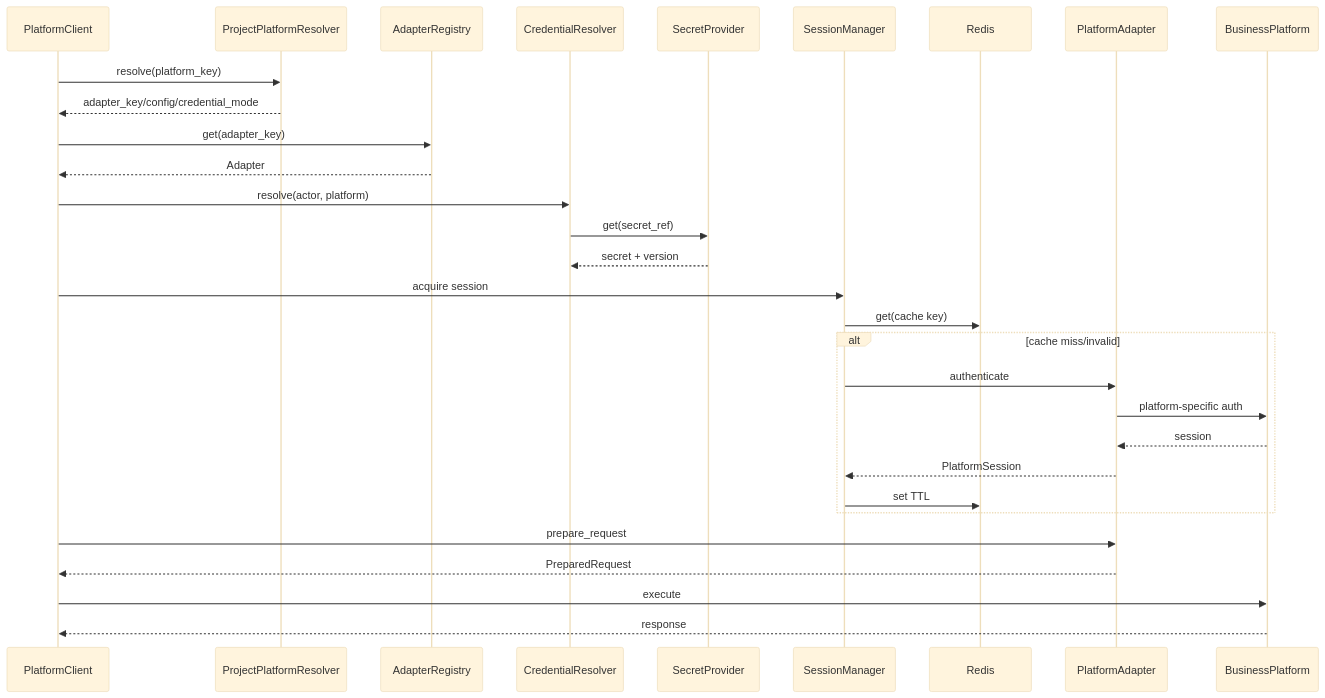
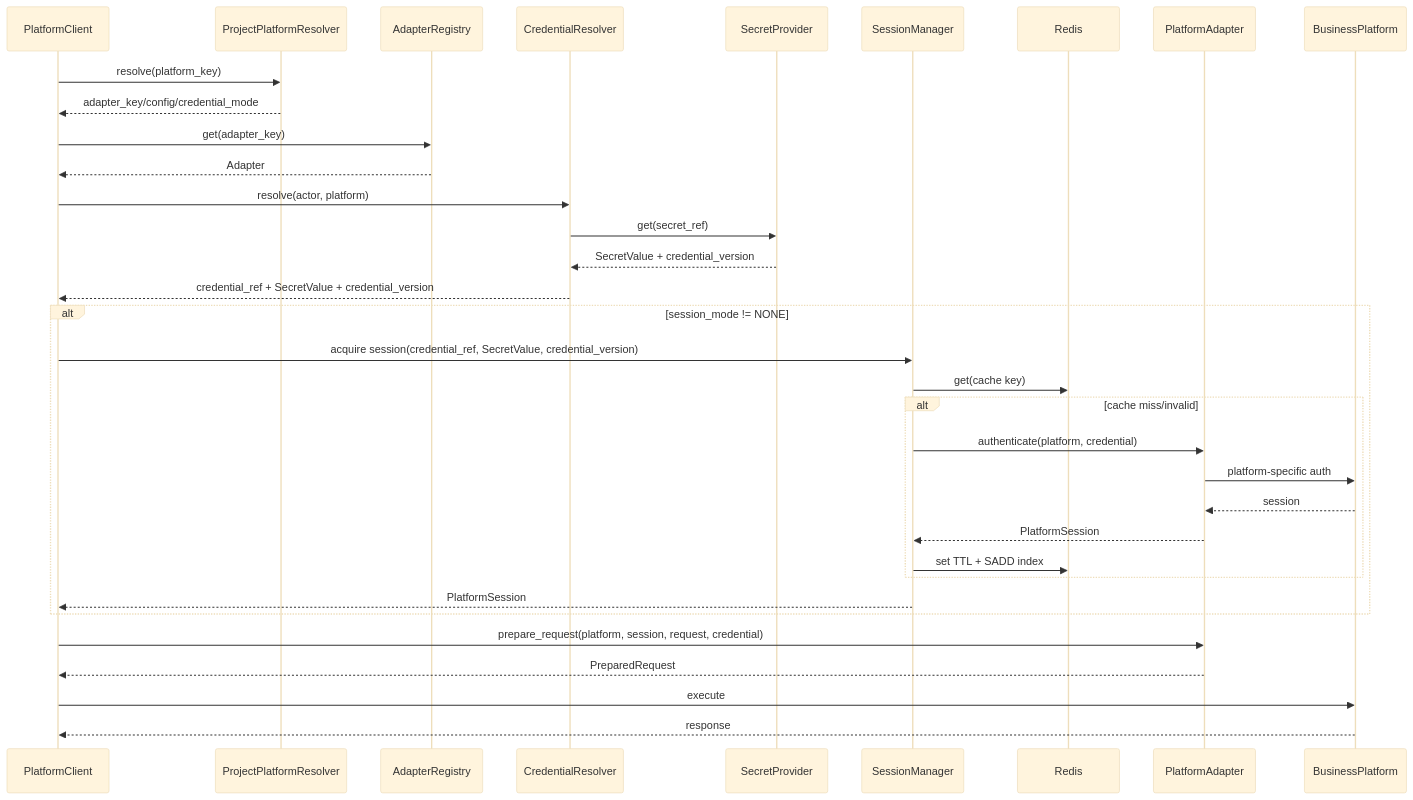
Before and after one commit to Michaelxwb/fluxion-harness: the second of 2 diagrams in docs/12-项目平台适配与Session详细设计.md, drawn with Mermaid (base theme). The commit also changed other lines of this file and 55 other files, not shown here.

````diff
--- a/docs/12-项目平台适配与Session详细设计.md
+++ b/docs/12-项目平台适配与Session详细设计.md
@@ -349,33 +366,37 @@
 ```mermaid
 sequenceDiagram
     participant C as PlatformClient
     participant P as ProjectPlatformResolver
     participant R as AdapterRegistry
     participant CR as CredentialResolver
     participant SP as SecretProvider
     participant SM as SessionManager
     participant RD as Redis
     participant A as PlatformAdapter
     participant B as BusinessPlatform
 
     C->>P: resolve(platform_key)
     P-->>C: adapter_key/config/credential_mode
     C->>R: get(adapter_key)
     R-->>C: Adapter
     C->>CR: resolve(actor, platform)
     CR->>SP: get(secret_ref)
-    SP-->>CR: secret + version
-    C->>SM: acquire session
-    SM->>RD: get(cache key)
-    alt cache miss/invalid
-      SM->>A: authenticate
-      A->>B: platform-specific auth
-      B-->>A: session
-      A-->>SM: PlatformSession
-      SM->>RD: set TTL
+    SP-->>CR: SecretValue + credential_version
+    CR-->>C: credential_ref + SecretValue + credential_version
+    alt session_mode != NONE
+      C->>SM: acquire session(credential_ref, SecretValue, credential_version)
+      SM->>RD: get(cache key)
+      alt cache miss/invalid
+        SM->>A: authenticate(platform, credential)
+        A->>B: platform-specific auth
+        B-->>A: session
+        A-->>SM: PlatformSession
+        SM->>RD: set TTL + SADD index
+      end
+      SM-->>C: PlatformSession
     end
-    C->>A: prepare_request
+    C->>A: prepare_request(platform, session, request, credential)
     A-->>C: PreparedRequest
     C->>B: execute
     B-->>C: response
 ```
````
